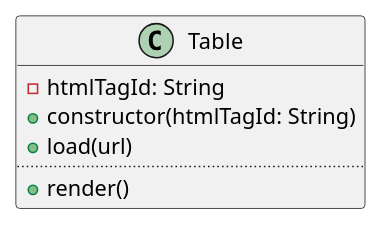
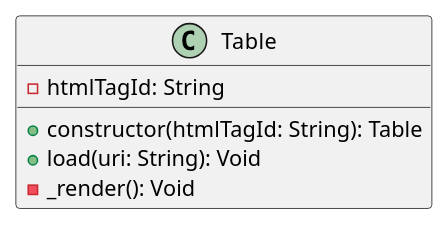
The first of 8 diagrams in src/main/resources/codespitz79/designpattern/day01/day01.adoc (expert0226/codespitz), drawn with PlantUML before and after one commit. The commit also changed other lines of this file and 3 other files, not shown here.

```diff
--- a/src/main/resources/codespitz79/designpattern/day01/day01.adoc
+++ b/src/main/resources/codespitz79/designpattern/day01/day01.adoc
@@ -21,10 +21,9 @@
-[plantuml, exam01_classe, png]
+[plantuml, exam01_class, png]
 ....
 class Table {
     - htmlTagId: String
-    + constructor(htmlTagId: String)
-    + load(url)
-..
-    + render()
+    + constructor(htmlTagId: String): Table
+    + load(uri: String): Void
+    - _render(): Void
 }
 ....
```
